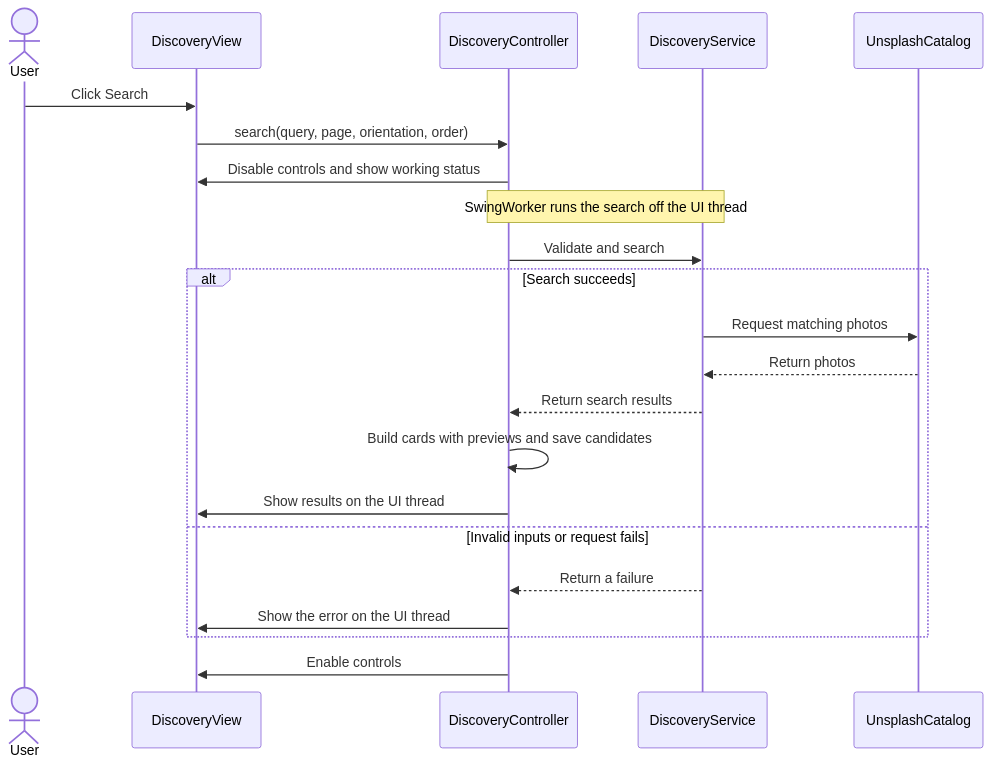
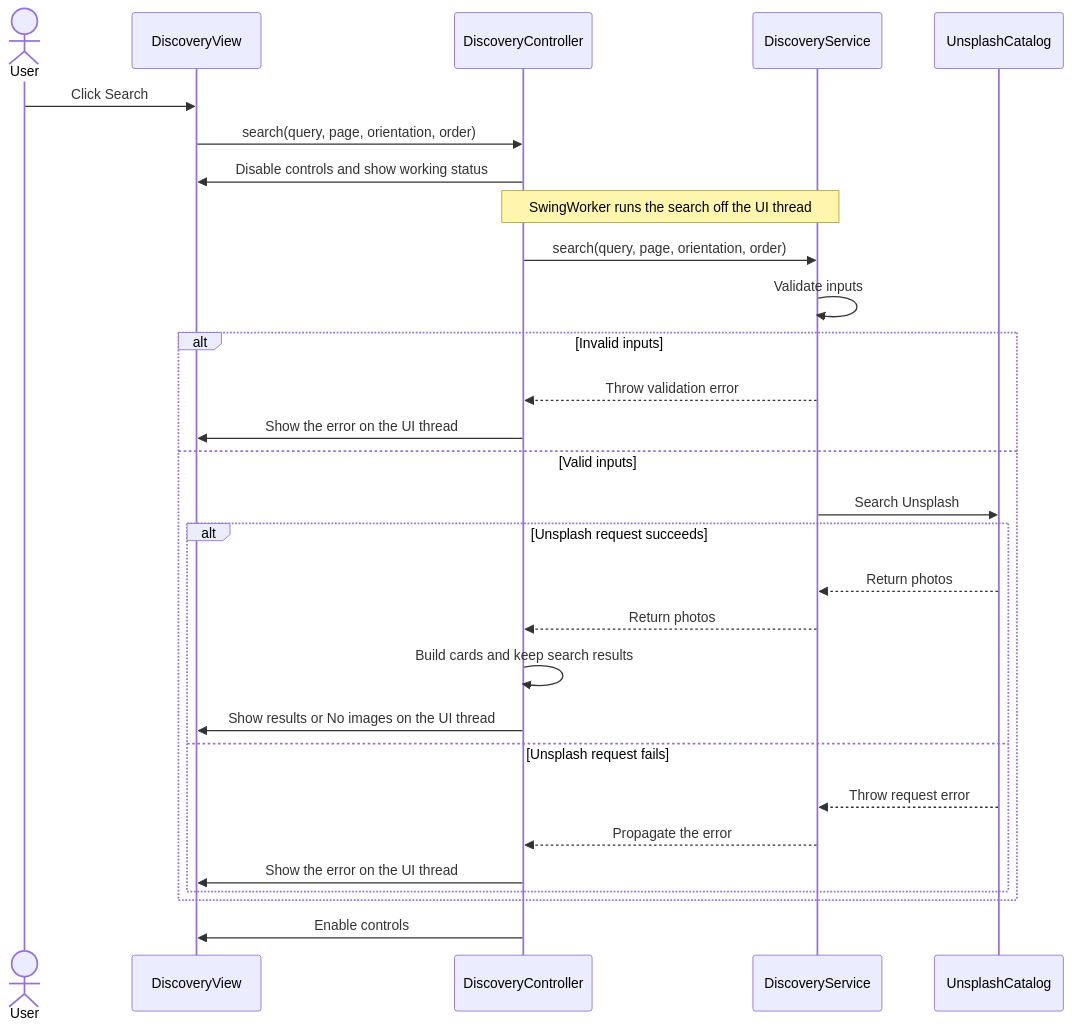
One commit to GabrielCastellon/team-project changed the second of 2 diagrams in README.md. Above: the diagram before and after it, drawn with Mermaid. The commit also changed other lines of this file, not shown here.

Commit message:
Match discovery diagrams to Java behavior

````diff
--- a/README.md
+++ b/README.md
@@ -133,25 +133,32 @@
 ```mermaid
 sequenceDiagram
     actor User
     participant View as DiscoveryView
     participant Controller as DiscoveryController
     participant UseCase as DiscoveryService
     participant Catalog as UnsplashCatalog
 
     User->>View: Click Search
     View->>Controller: search(query, page, orientation, order)
     Controller->>View: Disable controls and show working status
     Note over Controller,UseCase: SwingWorker runs the search off the UI thread
-    Controller->>UseCase: Validate and search
-    alt Search succeeds
-        UseCase->>Catalog: Request matching photos
-        Catalog-->>UseCase: Return photos
-        UseCase-->>Controller: Return search results
-        Controller->>Controller: Build cards with previews and save candidates
-        Controller->>View: Show results on the UI thread
-    else Invalid inputs or request fails
-        UseCase-->>Controller: Return a failure
+    Controller->>UseCase: search(query, page, orientation, order)
+    UseCase->>UseCase: Validate inputs
+    alt Invalid inputs
+        UseCase-->>Controller: Throw validation error
         Controller->>View: Show the error on the UI thread
+    else Valid inputs
+        UseCase->>Catalog: Search Unsplash
+        alt Unsplash request succeeds
+            Catalog-->>UseCase: Return photos
+            UseCase-->>Controller: Return photos
+            Controller->>Controller: Build cards and keep search results
+            Controller->>View: Show results or No images on the UI thread
+        else Unsplash request fails
+            Catalog-->>UseCase: Throw request error
+            UseCase-->>Controller: Propagate the error
+            Controller->>View: Show the error on the UI thread
+        end
     end
     Controller->>View: Enable controls
 ```
````
